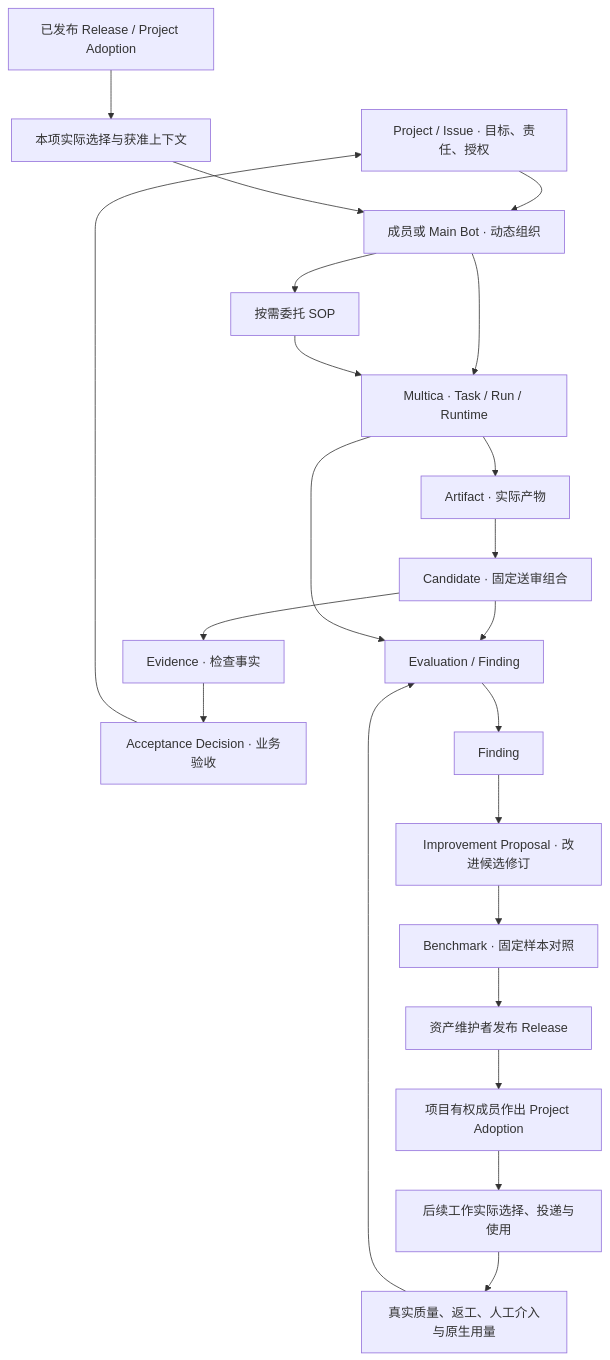
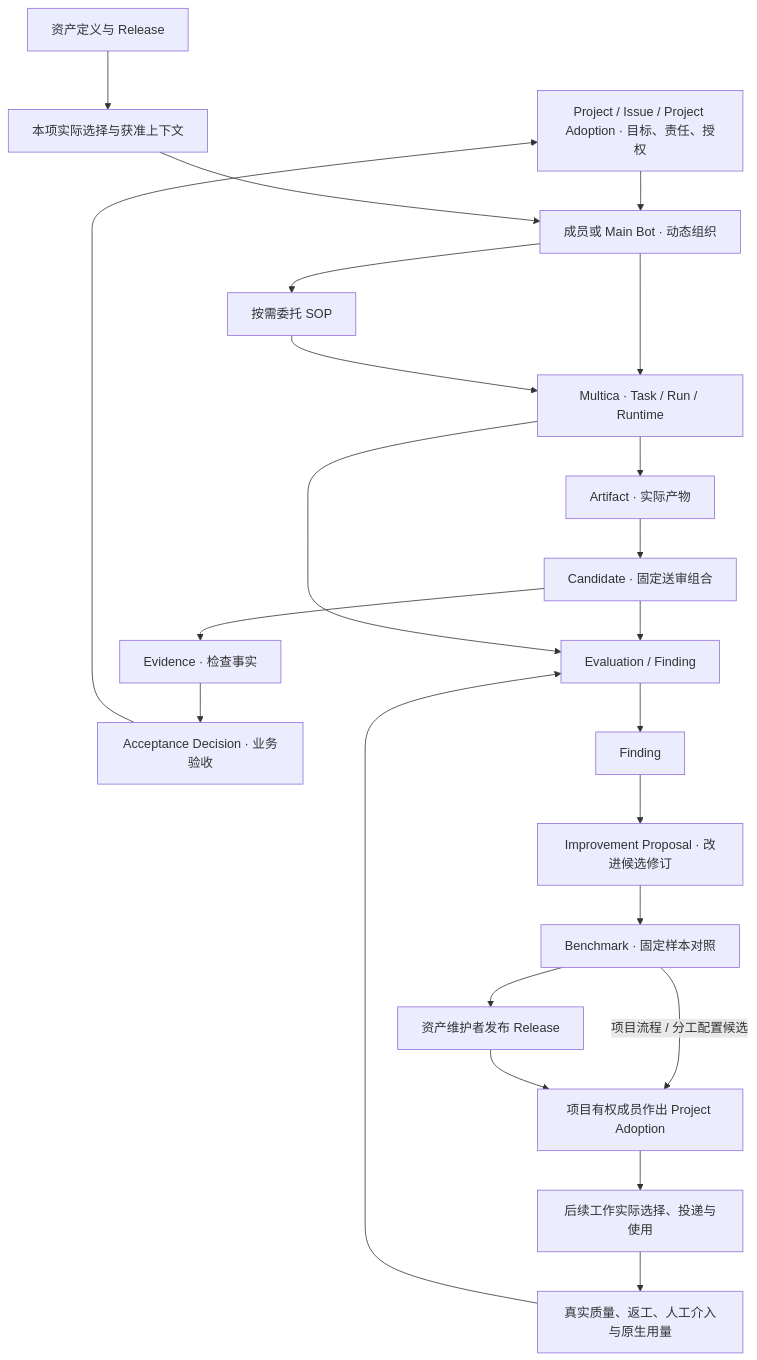
One commit to ScWen7/Issues changed the diagram in docs/research/architecture-consistency-review.md. Above: the diagram before and after it, drawn with Mermaid.

Commit message:
docs: align consistency diagram with Release and Adoption paths

```diff
--- a/docs/research/architecture-consistency-review.md
+++ b/docs/research/architecture-consistency-review.md
@@ -89,42 +89,43 @@
 ~~~mermaid
 flowchart TB
-  Work["Project / Issue · 目标、责任、授权"]
-  Method["已发布 Release / Project Adoption"]
+  Work["Project / Issue / Project Adoption · 目标、责任、授权"]
+  Method["资产定义与 Release"]
   Context["本项实际选择与获准上下文"]
   Coordination["成员或 Main Bot · 动态组织"]
   SOP["按需委托 SOP"]
   Run["Multica · Task / Run / Runtime"]
   Artifact["Artifact · 实际产物"]
   Candidate["Candidate · 固定送审组合"]
   Evidence["Evidence · 检查事实"]
   Decision["Acceptance Decision · 业务验收"]
   Evaluation["Evaluation / Finding"]
   Proposal["Improvement Proposal · 改进候选修订"]
   Benchmark["Benchmark · 固定样本对照"]
   Release["资产维护者发布 Release"]
   Adoption["项目有权成员作出 Project Adoption"]
   Usage["后续工作实际选择、投递与使用"]
   Outcome["真实质量、返工、人工介入与原生用量"]
 
   Work --> Coordination
   Method --> Context
   Context --> Coordination
   Coordination --> SOP
   Coordination --> Run
   SOP --> Run
   Run --> Artifact
   Artifact --> Candidate
   Candidate --> Evidence
   Evidence --> Decision
   Decision --> Work
   Candidate --> Evaluation
   Run --> Evaluation
   Evaluation --> Finding["Finding"]
   Finding --> Proposal
   Proposal --> Benchmark
   Benchmark --> Release
+  Benchmark -->|项目流程 / 分工配置候选| Adoption
   Release --> Adoption
   Adoption --> Usage
   Usage --> Outcome
   Outcome --> Evaluation
 ~~~
```
